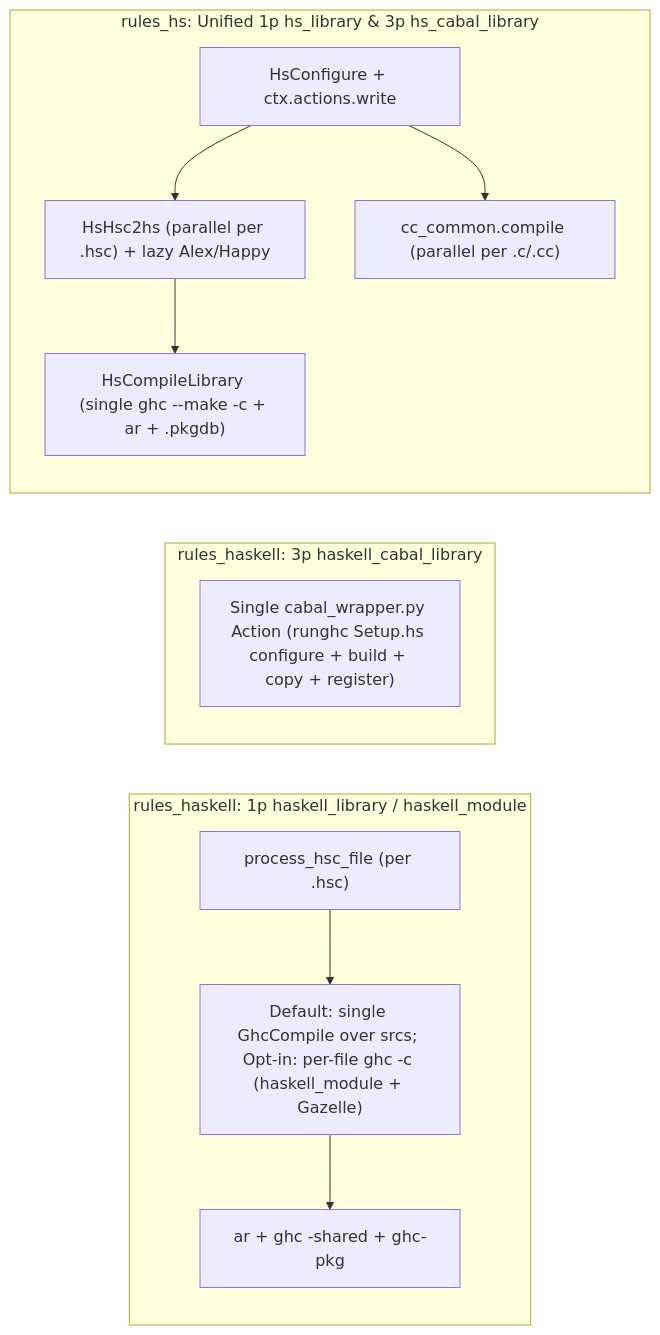
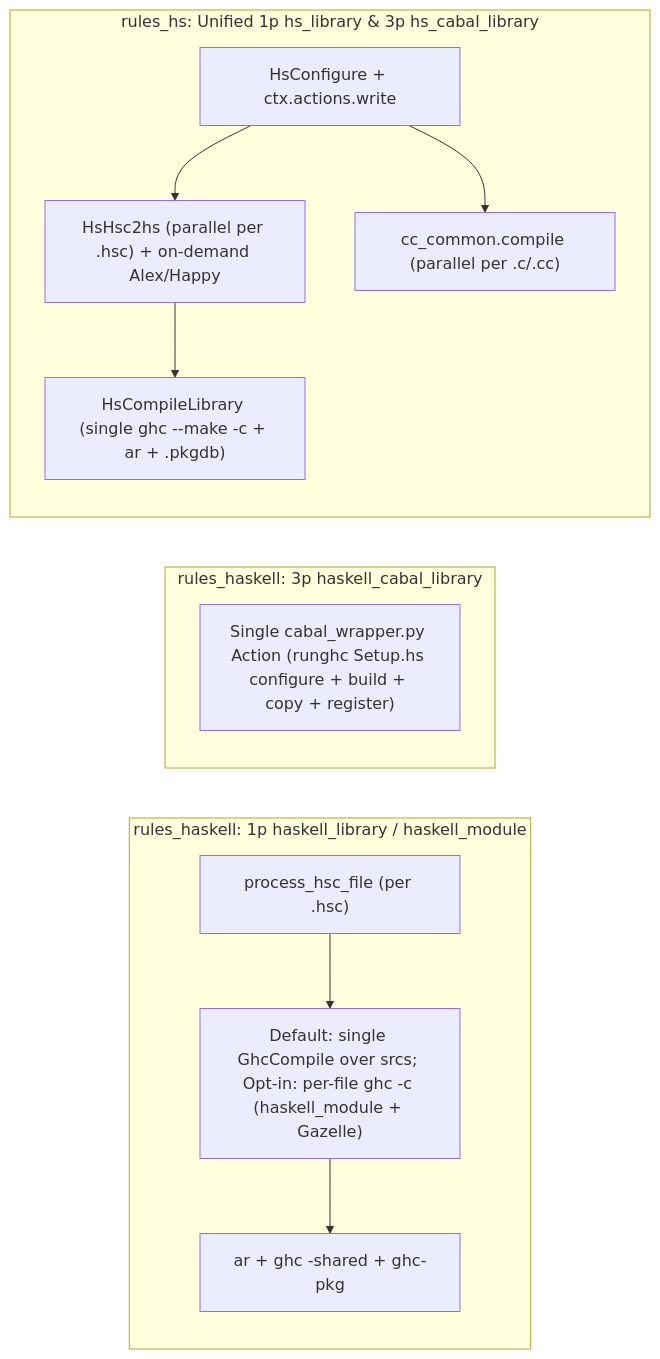
One commit to kaycebasques/hs changed the second of 3 diagrams in docs/content/internals/rulesets-comparison.md. Above: the diagram before and after it, drawn with Mermaid. The commit also changed other lines of this file and 3 other files, not shown here.

````diff
--- a/docs/content/internals/rulesets-comparison.md
+++ b/docs/content/internals/rulesets-comparison.md
@@ -96,17 +112,17 @@
 ```mermaid
 flowchart LR
     subgraph RH1["rules_haskell: 1p haskell_library / haskell_module"]
         RH_HSC["process_hsc_file (per .hsc)"] --> RH_GHC["Default: single GhcCompile over srcs; Opt-in: per-file ghc -c (haskell_module + Gazelle)"]
         RH_GHC --> RH_AR["ar + ghc -shared + ghc-pkg"]
     end
 
     subgraph RH3["rules_haskell: 3p haskell_cabal_library"]
         RH_CAB["Single cabal_wrapper.py Action (runghc Setup.hs configure + build + copy + register)"]
     end
 
     subgraph RHS_UNI["rules_hs: Unified 1p hs_library & 3p hs_cabal_library"]
-        S1["HsConfigure + ctx.actions.write"] --> S3["HsHsc2hs (parallel per .hsc) + lazy Alex/Happy"]
+        S1["HsConfigure + ctx.actions.write"] --> S3["HsHsc2hs (parallel per .hsc) + on-demand Alex/Happy"]
         S1 --> S4["cc_common.compile (parallel per .c/.cc)"]
         S3 --> S5["HsCompileLibrary (single ghc --make -c + ar + .pkgdb)"]
     end
 ```
````
